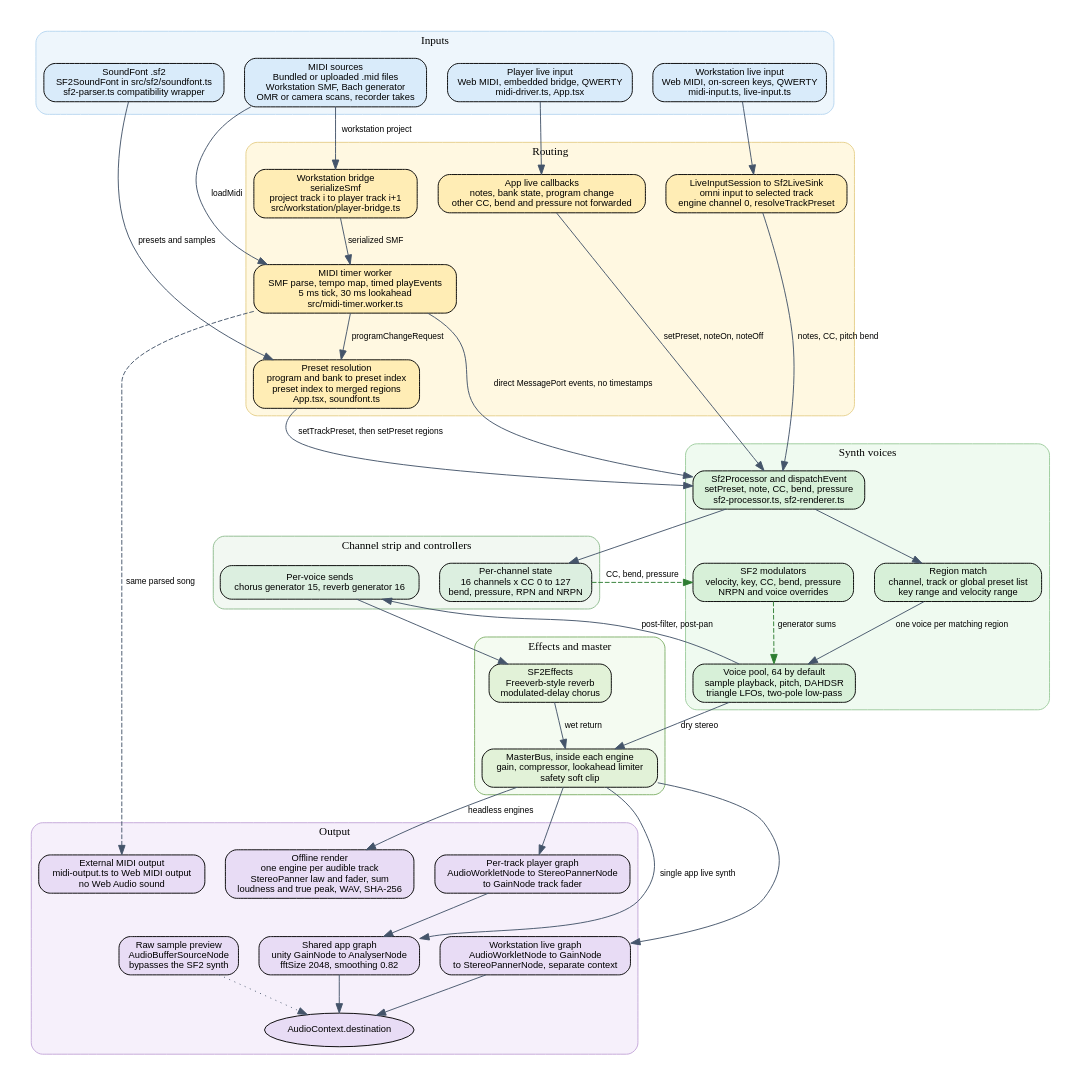
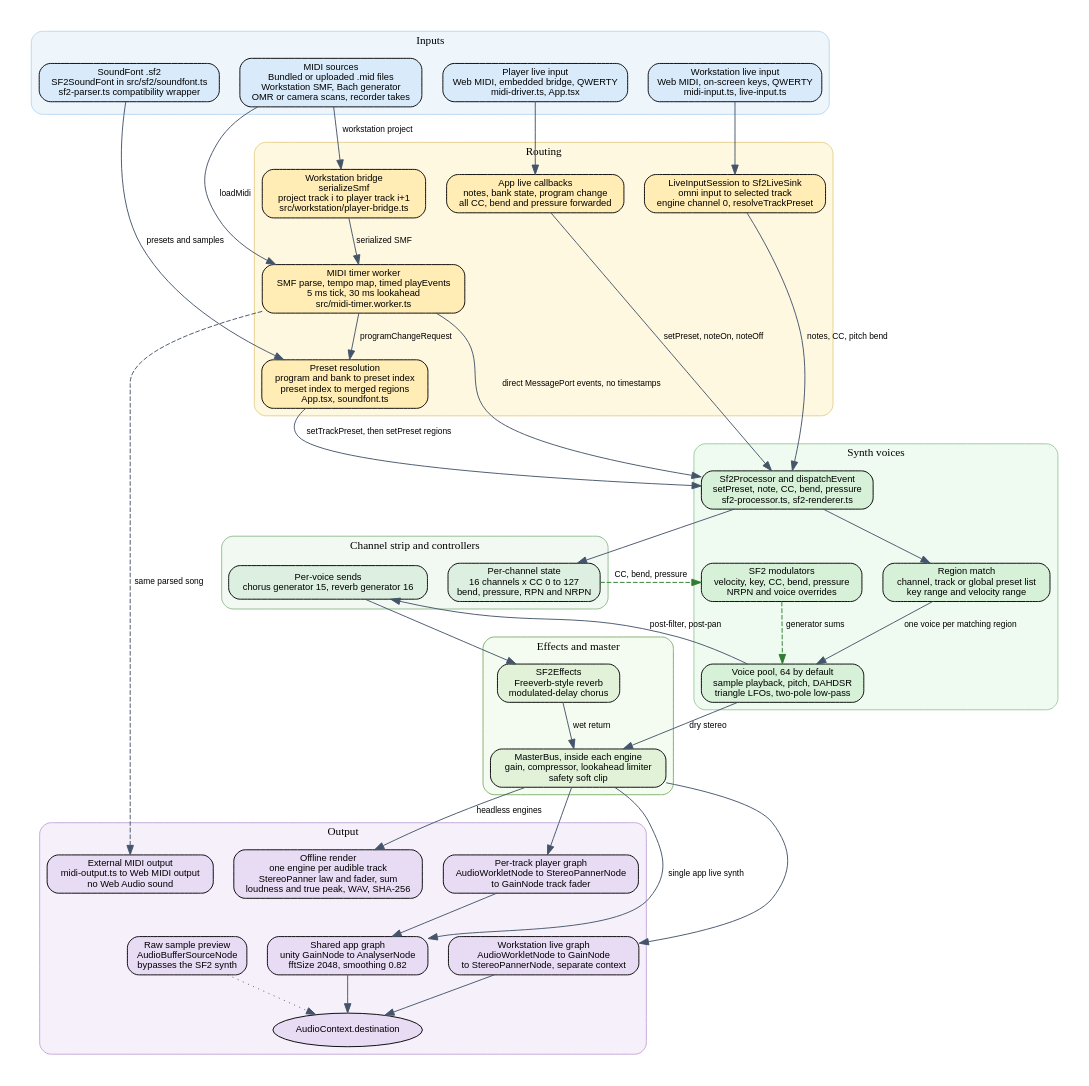
One commit to yishengjiang99/gbk changed the diagram in docs/audio-path.dot. Above: the diagram before and after it, drawn with Graphviz. The commit also changed 5 other files, not shown here.

```diff
--- a/docs/audio-path.dot
+++ b/docs/audio-path.dot
@@ -1,116 +1,116 @@
 digraph GbkAudioPath {
   graph [rankdir=TB, bgcolor="white", pad="0.25", nodesep="0.3", ranksep="0.55", splines=true];
   node [shape=box, style="rounded,filled", fontsize=10, fontname="Helvetica", margin="0.08,0.05"];
   edge [fontsize=9, fontname="Helvetica", color="#44546a"];
 
   subgraph cluster_inputs {
     label="Inputs";
     style="rounded,filled";
     color="#b7d7f0";
     fillcolor="#eef6fc";
     fontsize=12;
 
     smf_src [label="MIDI sources\nBundled or uploaded .mid files\nWorkstation SMF, Bach generator\nOMR or camera scans, recorder takes", fillcolor="#d9ebfa"];
     live_ws [label="Workstation live input\nWeb MIDI, on-screen keys, QWERTY\nmidi-input.ts, live-input.ts", fillcolor="#d9ebfa"];
     live_app [label="Player live input\nWeb MIDI, embedded bridge, QWERTY\nmidi-driver.ts, App.tsx", fillcolor="#d9ebfa"];
     sf2 [label="SoundFont .sf2\nSF2SoundFont in src/sf2/soundfont.ts\nsf2-parser.ts compatibility wrapper", fillcolor="#d9ebfa"];
   }
 
   subgraph cluster_routing {
     label="Routing";
     style="rounded,filled";
     color="#e6cf8a";
     fillcolor="#fff8e1";
     fontsize=12;
 
     bridge [label="Workstation bridge\nserializeSmf\nproject track i to player track i+1\nsrc/workstation/player-bridge.ts", fillcolor="#ffedb5"];
     timer [label="MIDI timer worker\nSMF parse, tempo map, timed playEvents\n5 ms tick, 30 ms lookahead\nsrc/midi-timer.worker.ts", fillcolor="#ffedb5"];
     preset [label="Preset resolution\nprogram and bank to preset index\npreset index to merged regions\nApp.tsx, soundfont.ts", fillcolor="#ffedb5"];
     live_sink_route [label="LiveInputSession to Sf2LiveSink\nomni input to selected track\nengine channel 0, resolveTrackPreset", fillcolor="#ffedb5"];
-    app_live_route [label="App live callbacks\nnotes, bank state, program change\nother CC, bend and pressure not forwarded", fillcolor="#ffedb5"];
+    app_live_route [label="App live callbacks\nnotes, bank state, program change\nall CC, bend and pressure forwarded", fillcolor="#ffedb5"];
   }
 
   subgraph cluster_synth_voices {
     label="Synth voices";
     style="rounded,filled";
     color="#9ccc9c";
     fillcolor="#effaf0";
     fontsize=12;
 
     dispatch [label="Sf2Processor and dispatchEvent\nsetPreset, note, CC, bend, pressure\nsf2-processor.ts, sf2-renderer.ts", fillcolor="#d7f0d8"];
     region_match [label="Region match\nchannel, track or global preset list\nkey range and velocity range", fillcolor="#d7f0d8"];
     modulators [label="SF2 modulators\nvelocity, key, CC, bend, pressure\nNRPN and voice overrides", fillcolor="#d7f0d8"];
     voices [label="Voice pool, 64 by default\nsample playback, pitch, DAHDSR\ntriangle LFOs, two-pole low-pass", fillcolor="#d7f0d8"];
   }
 
   subgraph cluster_channel_strip {
     label="Channel strip and controllers";
     style="rounded,filled";
     color="#8fbc8f";
     fillcolor="#f2f8f2";
     fontsize=12;
 
     ctl_state [label="Per-channel state\n16 channels x CC 0 to 127\nbend, pressure, RPN and NRPN", fillcolor="#dcefe0"];
     sends [label="Per-voice sends\nchorus generator 15, reverb generator 16", fillcolor="#dcefe0"];
   }
 
   subgraph cluster_master {
     label="Effects and master";
     style="rounded,filled";
     color="#7fb069";
     fillcolor="#f4fbf1";
     fontsize=12;
 
     fx [label="SF2Effects\nFreeverb-style reverb\nmodulated-delay chorus", fillcolor="#e2f2d8"];
     master [label="MasterBus, inside each engine\ngain, compressor, lookahead limiter\nsafety soft clip", fillcolor="#e2f2d8"];
   }
 
   subgraph cluster_output {
     label="Output";
     style="rounded,filled";
     color="#c3a6d9";
     fillcolor="#f6f0fb";
     fontsize=12;
 
     track_graph [label="Per-track player graph\nAudioWorkletNode to StereoPannerNode\nto GainNode track fader", fillcolor="#e8dcf5"];
     app_bus [label="Shared app graph\nunity GainNode to AnalyserNode\nfftSize 2048, smoothing 0.82", fillcolor="#e8dcf5"];
     live_graph [label="Workstation live graph\nAudioWorkletNode to GainNode\nto StereoPannerNode, separate context", fillcolor="#e8dcf5"];
     destination [label="AudioContext.destination", shape=ellipse, fillcolor="#e8dcf5"];
     offline [label="Offline render\none engine per audible track\nStereoPanner law and fader, sum\nloudness and true peak, WAV, SHA-256", fillcolor="#e8dcf5"];
     midi_out [label="External MIDI output\nmidi-output.ts to Web MIDI output\nno Web Audio sound", fillcolor="#e8dcf5"];
     raw_preview [label="Raw sample preview\nAudioBufferSourceNode\nbypasses the SF2 synth", fillcolor="#e8dcf5"];
   }
 
   smf_src -> bridge [label="workstation project"];
   smf_src -> timer [label="loadMidi"];
   bridge -> timer [label="serialized SMF"];
   sf2 -> preset [label="presets and samples"];
   timer -> preset [label="programChangeRequest"];
   preset -> dispatch [label="setTrackPreset, then setPreset regions"];
   timer -> dispatch [label="direct MessagePort events, no timestamps"];
   timer -> midi_out [label="same parsed song", style=dashed];
 
   live_ws -> live_sink_route;
   live_sink_route -> dispatch [label="notes, CC, pitch bend"];
   live_app -> app_live_route;
   app_live_route -> dispatch [label="setPreset, noteOn, noteOff"];
 
   dispatch -> ctl_state;
   dispatch -> region_match;
   ctl_state -> modulators [label="CC, bend, pressure", style=dashed, color="#2e7d32"];
   modulators -> voices [label="generator sums", style=dashed, color="#2e7d32"];
   region_match -> voices [label="one voice per matching region"];
   voices -> sends [label="post-filter, post-pan"];
   voices -> master [label="dry stereo"];
   sends -> fx;
   fx -> master [label="wet return"];
 
   master -> track_graph;
   track_graph -> app_bus;
   master -> app_bus [label="single app live synth"];
   master -> live_graph;
   master -> offline [label="headless engines"];
   app_bus -> destination;
   live_graph -> destination;
   raw_preview -> destination [style=dotted];
 }
```
